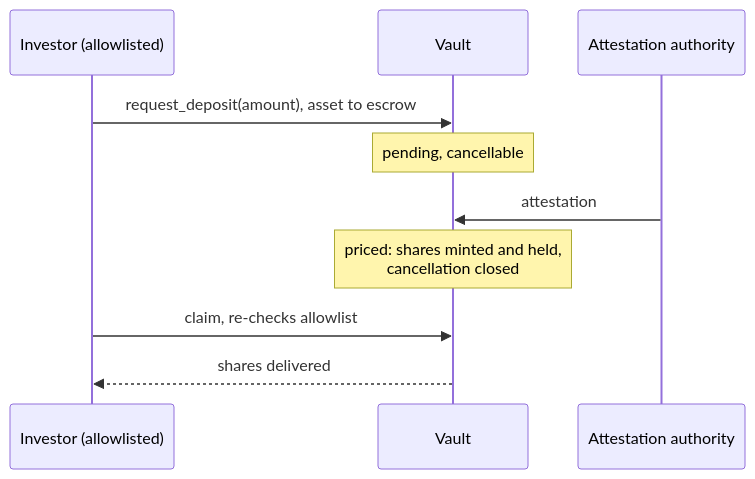
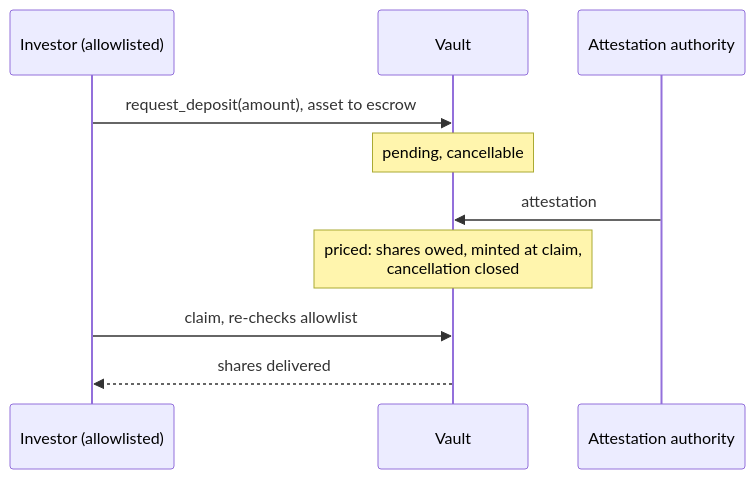
One commit to BootNodeDev/strata-vault-kit changed the third of 5 diagrams in docs/strata-product-and-architecture.md. Above: the diagram before and after it, drawn with Mermaid. The commit also changed other lines of this file, not shown here.

First line of the commit message:
docs: say that claims mint and burn shares, not pricing

````diff
--- a/docs/strata-product-and-architecture.md
+++ b/docs/strata-product-and-architecture.md
@@ -333,12 +335,12 @@
 ```mermaid
 sequenceDiagram
     participant I as Investor (allowlisted)
     participant V as Vault
     participant O as Attestation authority
     I->>V: request_deposit(amount), asset to escrow
     Note over V: pending, cancellable
     O->>V: attestation
-    Note over V: priced: shares minted and held,<br/>cancellation closed
+    Note over V: priced: shares owed, minted at claim,<br/>cancellation closed
     I->>V: claim, re-checks allowlist
     V-->>I: shares delivered
 ```
````
